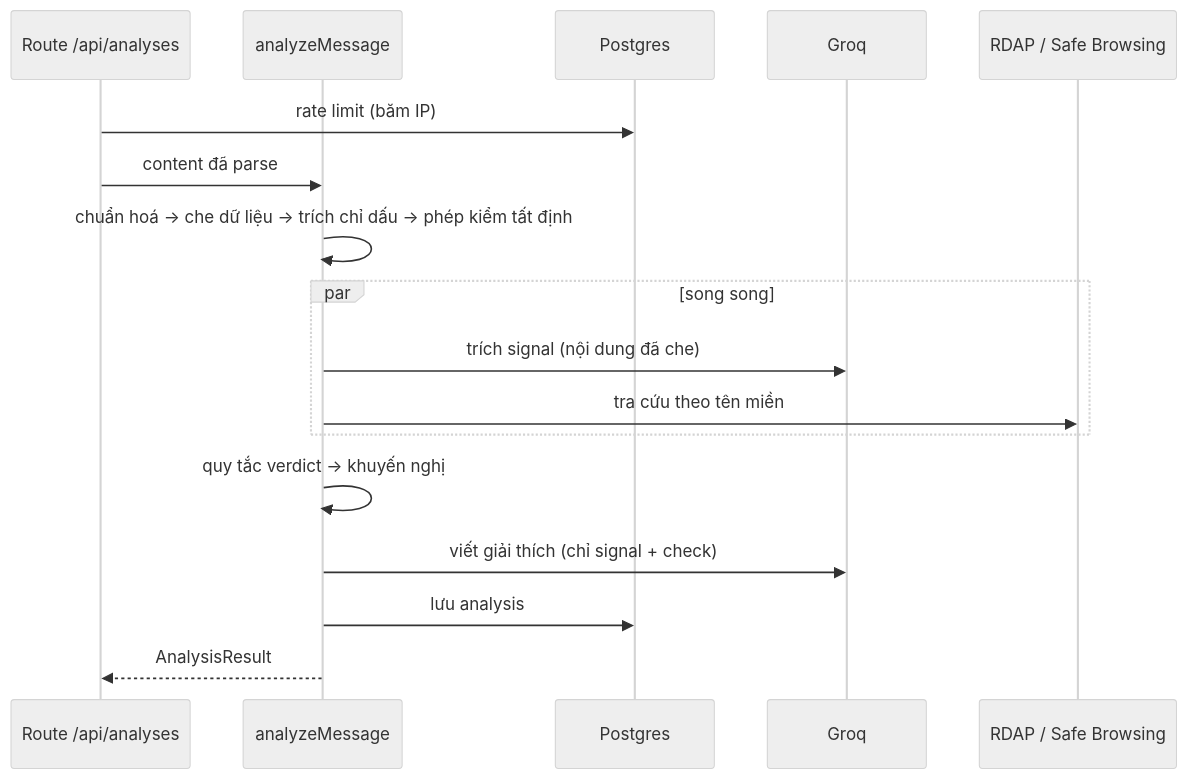
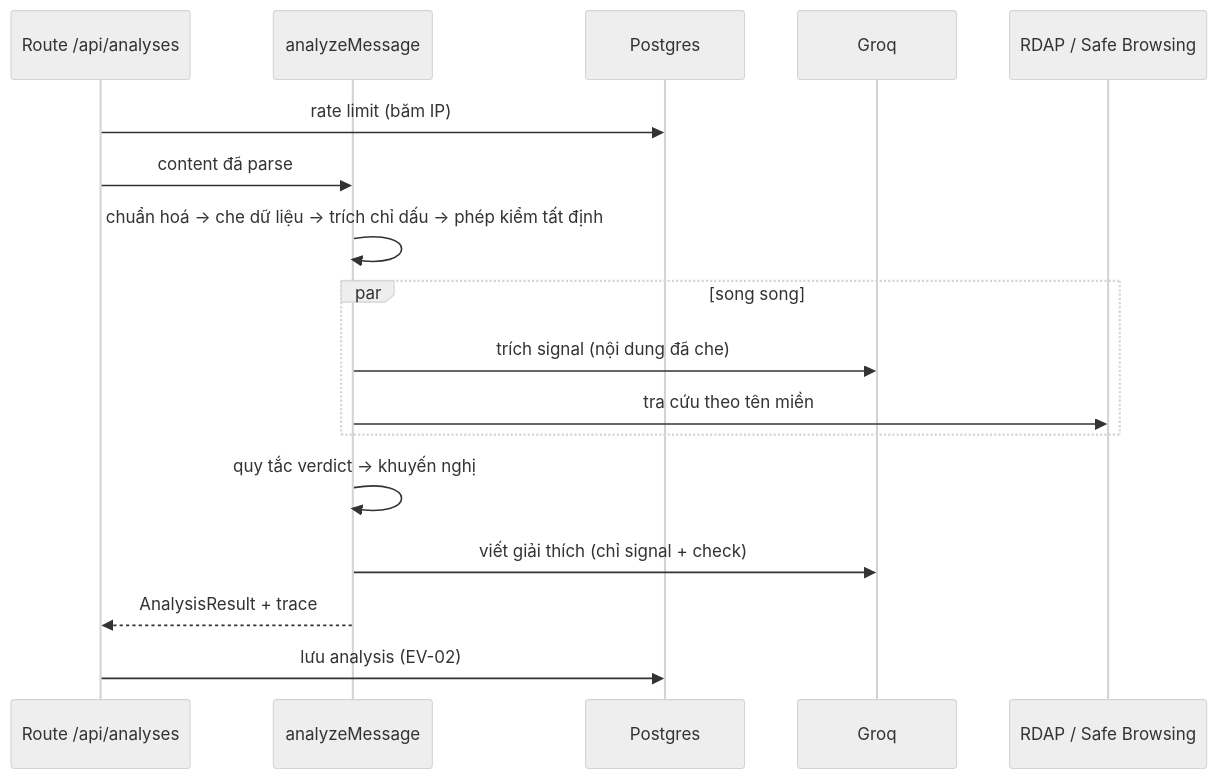
Before and after one commit to AkiraTomori/ScamShield-Ops: the diagram in docs/design/analysis-pipeline.md, drawn with Mermaid (neutral theme). The commit also changed other lines of this file and 21 other files, not shown here.

````diff
--- a/docs/design/analysis-pipeline.md
+++ b/docs/design/analysis-pipeline.md
@@ -34,20 +34,20 @@
 ```mermaid
 sequenceDiagram
     participant R as Route /api/analyses
     participant A as analyzeMessage
     participant DB as Postgres
     participant L as Groq
     participant X as RDAP / Safe Browsing
     R->>DB: rate limit (băm IP)
     R->>A: content đã parse
     A->>A: chuẩn hoá → che dữ liệu → trích chỉ dấu → phép kiểm tất định
     par song song
         A->>L: trích signal (nội dung đã che)
         A->>X: tra cứu theo tên miền
     end
     A->>A: quy tắc verdict → khuyến nghị
     A->>L: viết giải thích (chỉ signal + check)
-    A->>DB: lưu analysis
-    A-->>R: AnalysisResult
+    A-->>R: AnalysisResult + trace
+    R->>DB: lưu analysis (EV-02)
     
 ```
````
